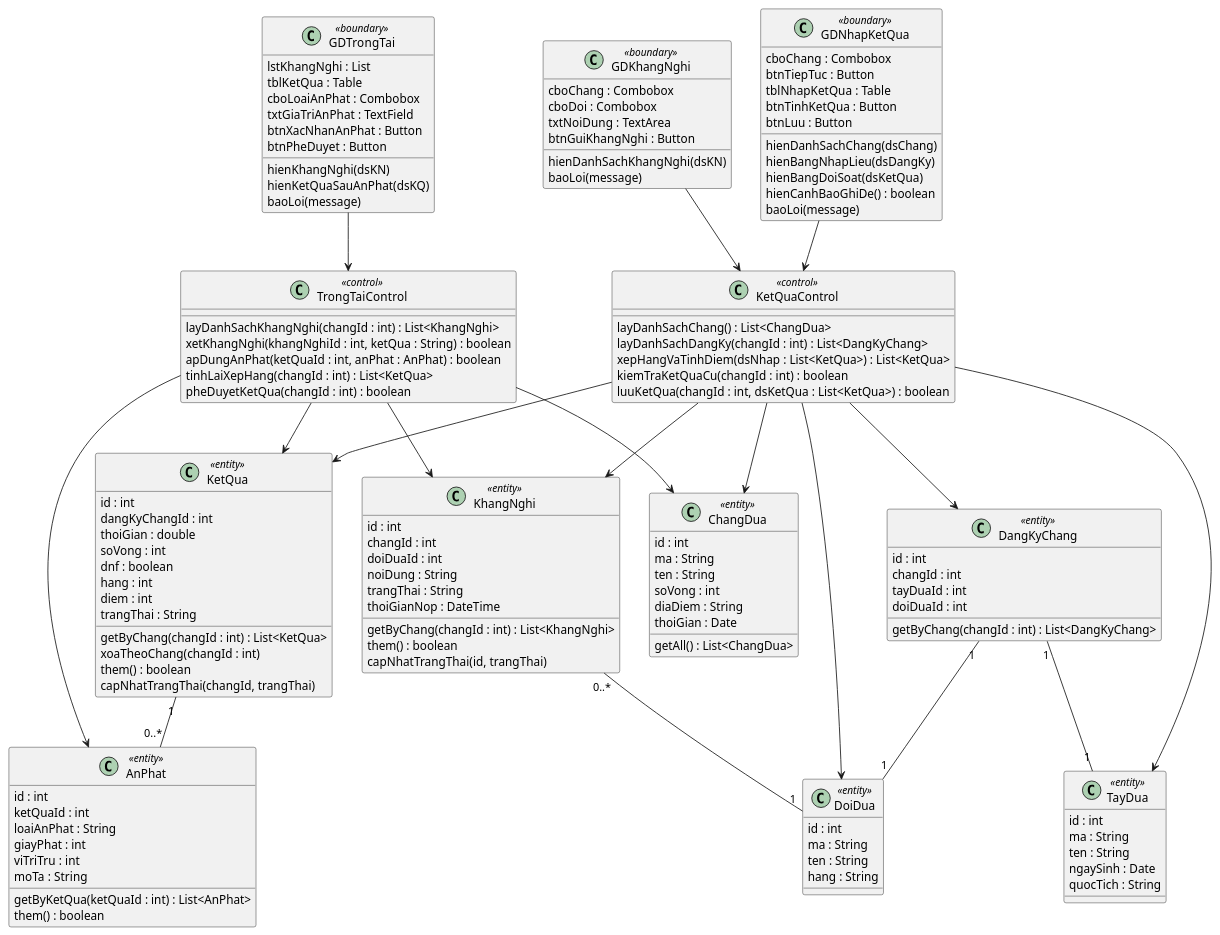
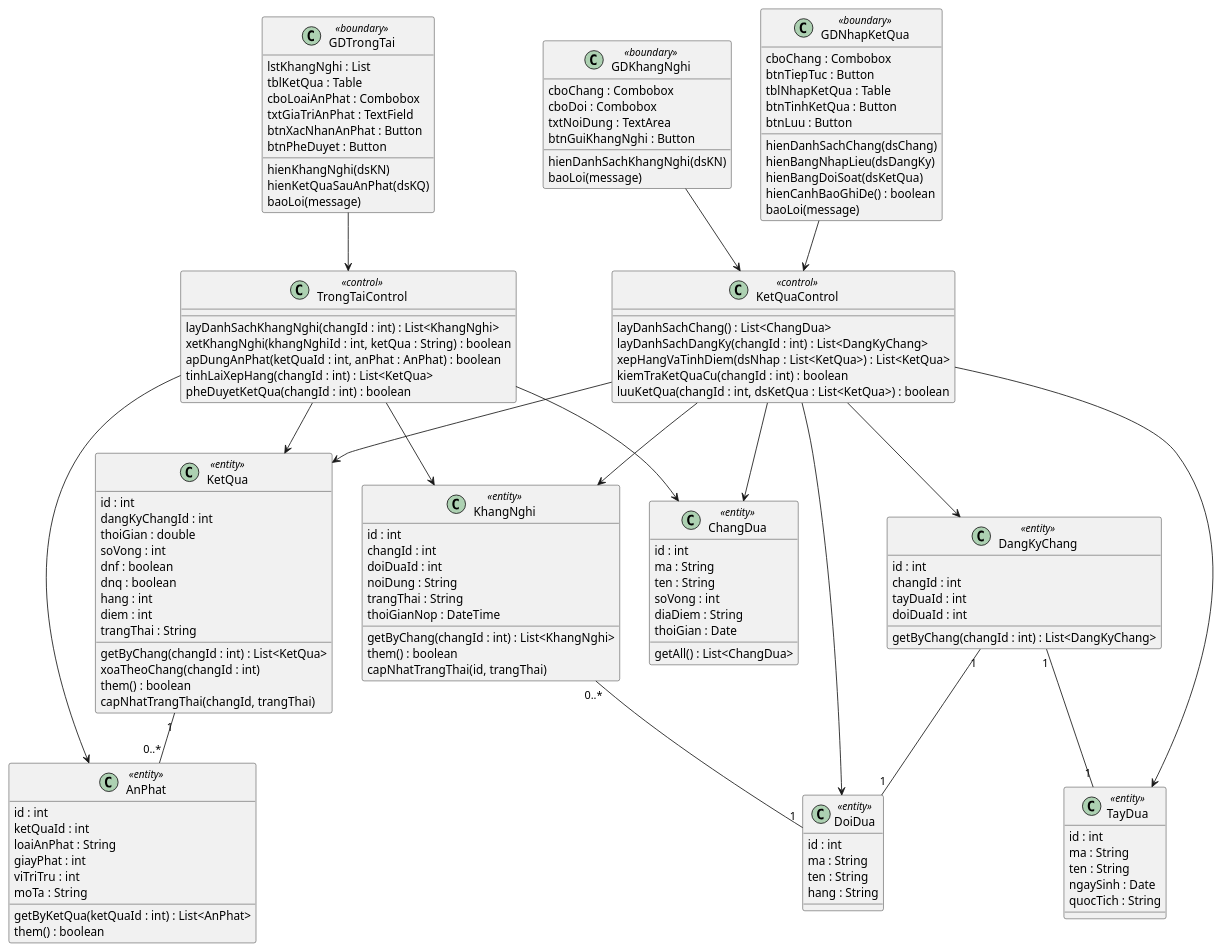
The third of 6 diagrams in Module 3 - Kiet/noi-dung.md (7gho/CNPM-He2026), drawn with PlantUML before and after one commit. The commit also changed other lines of this file and 1 other file, not shown here.

```diff
--- a/Module 3 - Kiet/noi-dung.md
+++ b/Module 3 - Kiet/noi-dung.md
@@ -295,6 +285,7 @@
   thoiGian : double
   soVong : int
   dnf : boolean
+  dnq : boolean
   hang : int
   diem : int
   trangThai : String
```
